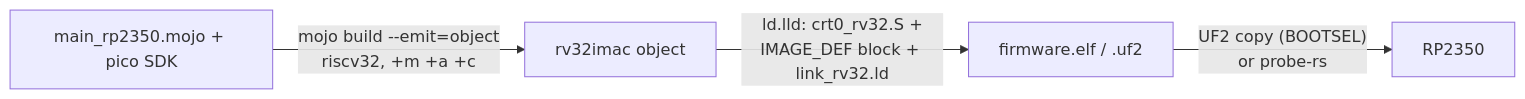
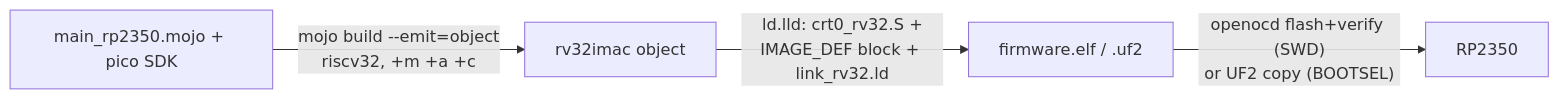
Before and after one commit to Hundo1018/inmojomni: the first of 2 diagrams in README.md, drawn with Mermaid. The commit also changed other lines of this file and 7 other files, not shown here.

````diff
--- a/README.md
+++ b/README.md
@@ -125,6 +128,6 @@
 ```mermaid
 flowchart LR
     A["main_rp2350.mojo + pico SDK"] -->|"mojo build --emit=object<br>riscv32, +m +a +c"| B["rv32imac object"]
     B -->|"ld.lld: crt0_rv32.S +<br>IMAGE_DEF block + link_rv32.ld"| C["firmware.elf / .uf2"]
-    C -->|"UF2 copy (BOOTSEL)<br>or probe-rs"| D["RP2350"]
+    C -->|"openocd flash+verify (SWD)<br>or UF2 copy (BOOTSEL)"| D["RP2350"]
 ```
````
